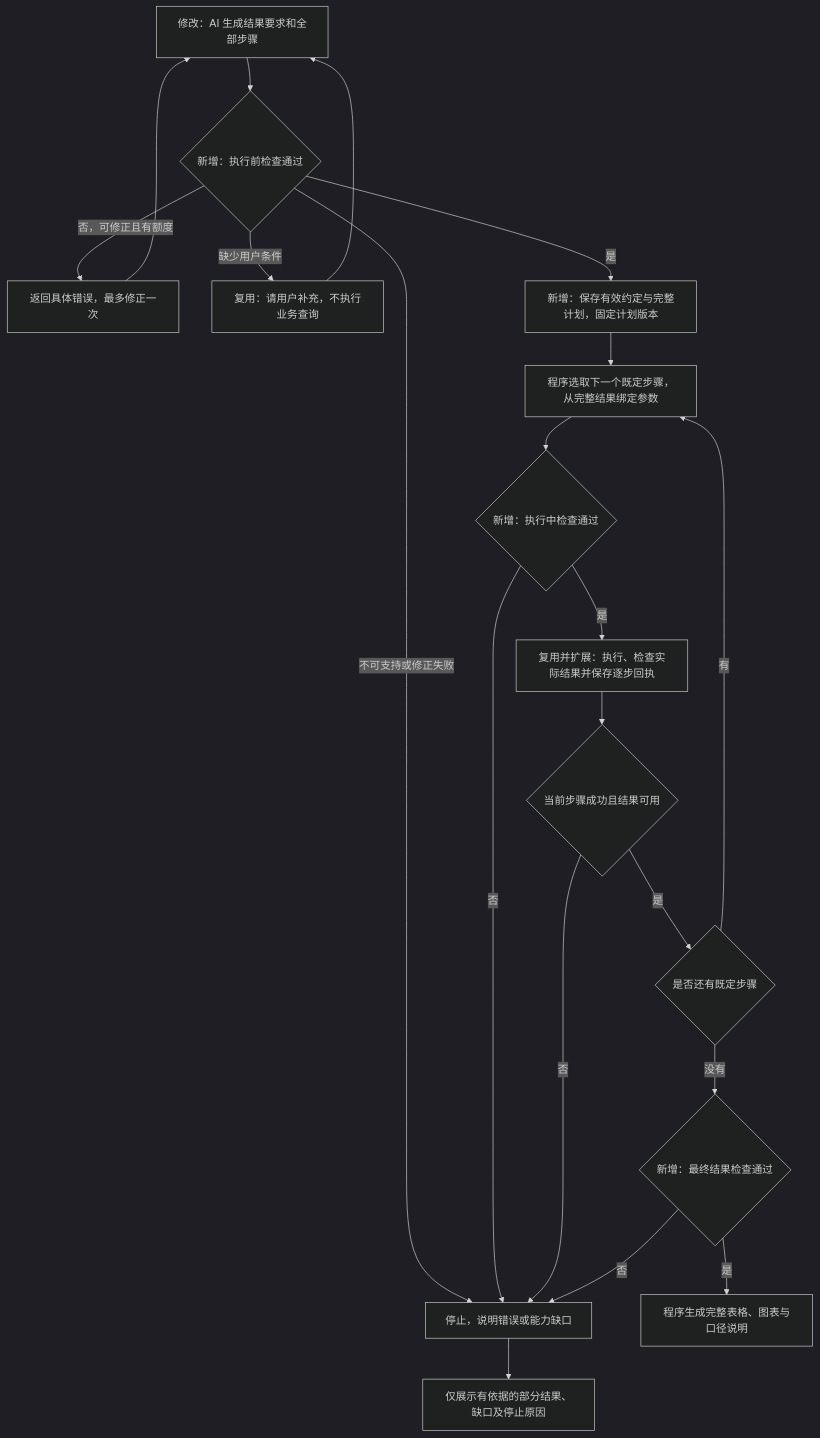
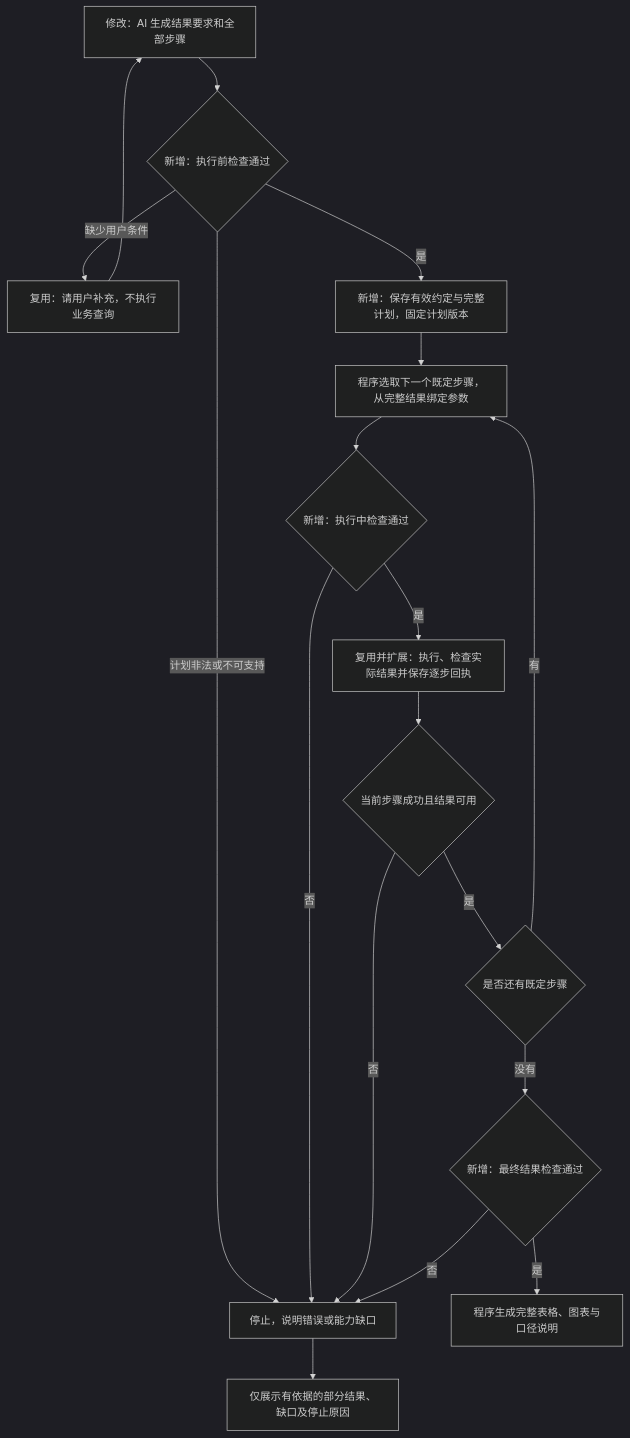
Before and after one commit to zjqylhy/nl2sql_agent: the fourth of 5 diagrams in docs/open-exploration-technical-design.md, drawn with Mermaid (dark theme). The commit also changed other lines of this file and 37 other files, not shown here.

````diff
--- a/docs/open-exploration-technical-design.md
+++ b/docs/open-exploration-technical-design.md
@@ -110,22 +114,20 @@
 ```mermaid
 flowchart TD
   P1[修改：AI 生成结果要求和全部步骤] --> P2{新增：执行前检查通过}
-  P2 -->|否，可修正且有额度| P3[返回具体错误，最多修正一次]
-  P3 --> P1
   P2 -->|缺少用户条件| P4[复用：请用户补充，不执行业务查询]
   P4 --> P1
-  P2 -->|不可支持或修正失败| P10[停止，说明错误或能力缺口]
+  P2 -->|计划非法或不可支持| P10[停止，说明错误或能力缺口]
   P2 -->|是| P5[新增：保存有效约定与完整计划，固定计划版本]
   P5 --> P6[程序选取下一个既定步骤，从完整结果绑定参数]
   P6 --> P7{新增：执行中检查通过}
   P7 -->|否| P10
   P7 -->|是| P8[复用并扩展：执行、检查实际结果并保存逐步回执]
   P8 --> P9{当前步骤成功且结果可用}
   P9 -->|否| P10
   P9 -->|是| P11{是否还有既定步骤}
   P11 -->|有| P6
   P11 -->|没有| P12{新增：最终结果检查通过}
   P12 -->|是| P13[程序生成完整表格、图表与口径说明]
   P12 -->|否| P10
   P10 --> P14[仅展示有依据的部分结果、缺口及停止原因]
 ```
````
